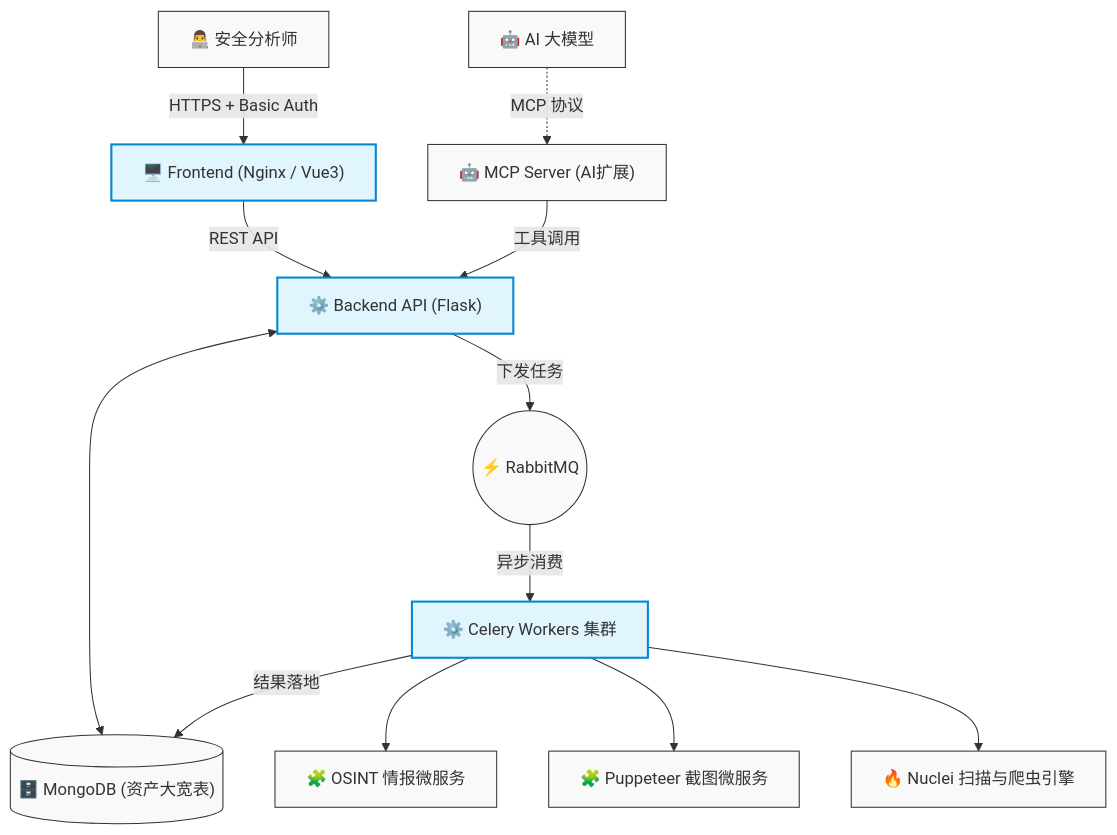
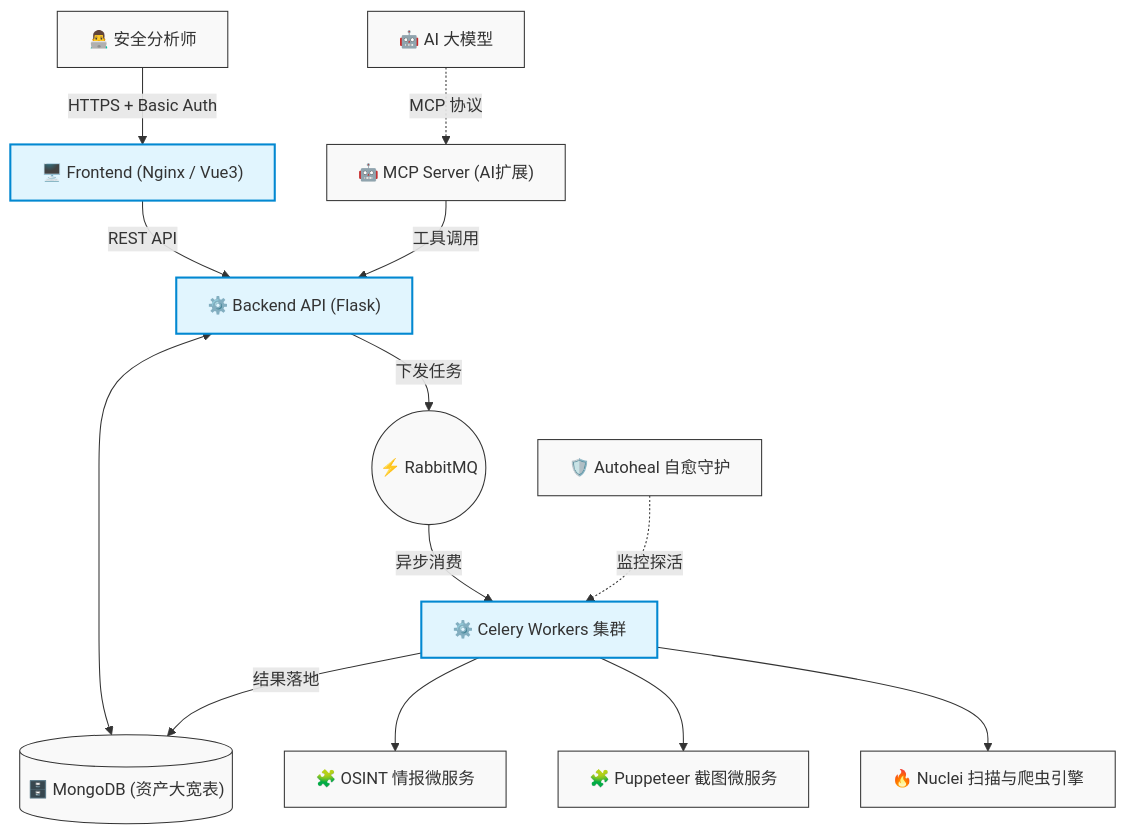
The diagram in README.md (mssky9527/ARL-Next), drawn with Mermaid before and after one commit. The commit also changed other lines of this file and 46 other files, not shown here.

````diff
--- a/README.md
+++ b/README.md
@@ -85,23 +86,24 @@
 ```mermaid
 graph TD
     User["👨‍💻 安全分析师"] -->|HTTPS + Basic Auth| Nginx["🖥️ Frontend (Nginx / Vue3)"]
     Agent["🤖 AI 大模型"] -.->|MCP 协议| MCP["🤖 MCP Server (AI扩展)"]
     
     Nginx -->|REST API| Backend["⚙️ Backend API (Flask)"]
     MCP -->|工具调用| Backend
     
     Backend <--> DB[("🗄️ MongoDB (资产大宽表)")]
     
     Backend -->|下发任务| MQ(("⚡ RabbitMQ"))
     MQ -->|异步消费| Workers["⚙️ Celery Workers 集群"]
     
     Workers -->|结果落地| DB
     
     Workers --> OSINT["🧩 OSINT 情报微服务"]
     Workers --> Puppeteer["🧩 Puppeteer 截图微服务"]
     Workers --> Nuclei["🔥 Nuclei 扫描与爬虫引擎"]
+    Autoheal["🛡️ Autoheal 自愈守护"] -.->|监控探活| Workers
     
     classDef default fill:#f9f9f9,stroke:#333,stroke-width:1px;
     classDef core fill:#e1f5fe,stroke:#0288d1,stroke-width:2px;
     class Nginx,Backend,Workers core;
 ```
````
